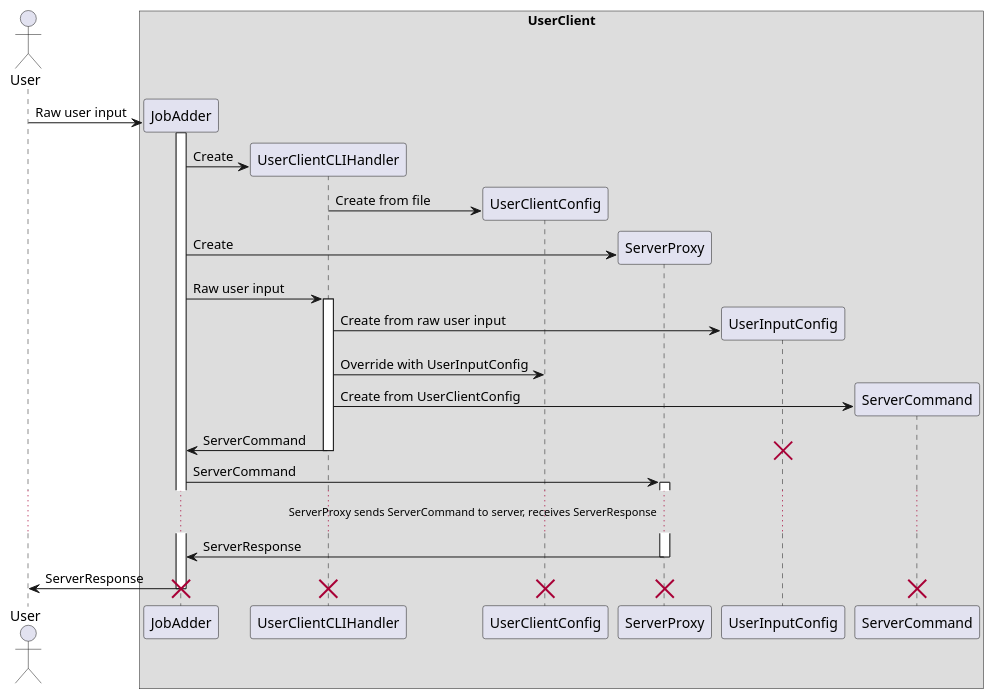
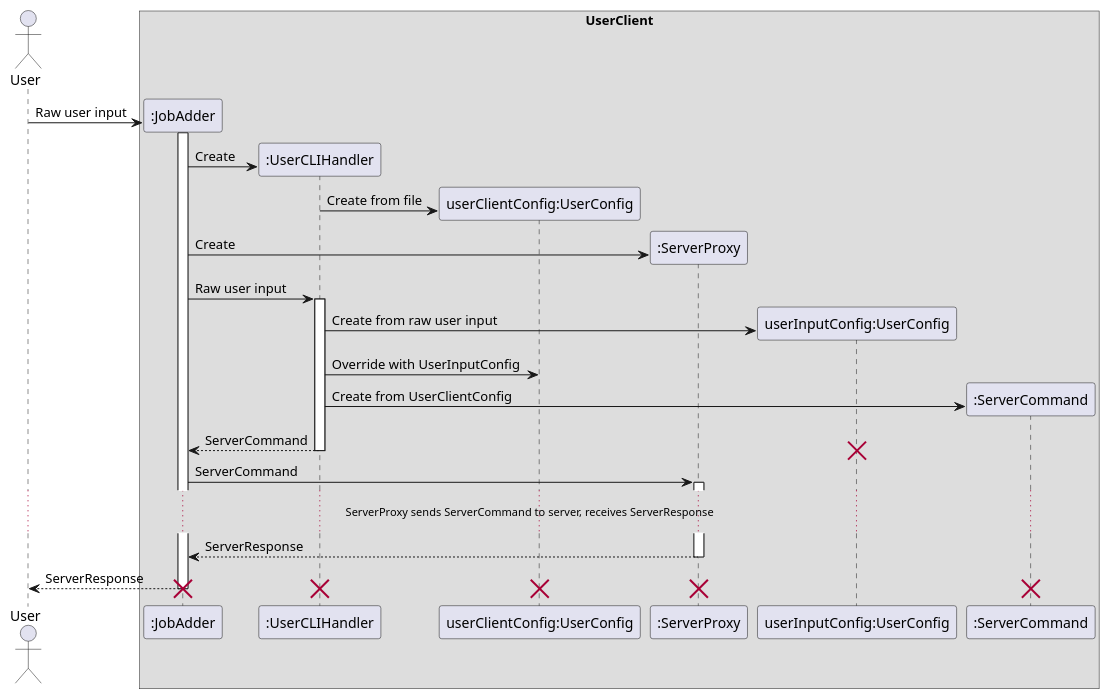
Before and after one commit to DistributedTaskScheduling/documentation: the diagram in design/sequence/userclient-cli.puml, drawn with PlantUML.

Commit message:
fixup! Added sequence diagram for UserClient CLI

```diff
--- a/design/sequence/userclient-cli.puml
+++ b/design/sequence/userclient-cli.puml
@@ -1,35 +1,35 @@
 @startuml
 
 Actor User
 
 box UserClient 
-    participant JobAdder
-    participant UserClientCLIHandler
-    participant UserClientConfig
-    participant ServerProxy
-    participant UserInputConfig
-    participant ServerCommand
+    participant ":JobAdder" as JobAdder
+    participant ":UserCLIHandler" as UserClientCLIHandler
+    participant "userClientConfig:UserConfig" as UserClientConfig
+    participant ":ServerProxy" as ServerProxy
+    participant "userInputConfig:UserConfig" as UserInputConfig
+    participant ":ServerCommand" as ServerCommand
 end box
 
 User -> JobAdder ** : Raw user input
 activate JobAdder
 JobAdder -> UserClientCLIHandler ** : Create
 UserClientCLIHandler -> UserClientConfig ** : Create from file
 JobAdder -> ServerProxy ** : Create
 JobAdder -> UserClientCLIHandler ++ : Raw user input
 UserClientCLIHandler -> UserInputConfig ** : Create from raw user input
 UserClientCLIHandler -> UserClientConfig : Override with UserInputConfig
 UserClientCLIHandler -> ServerCommand ** : Create from UserClientConfig
-JobAdder <- UserClientCLIHandler -- : ServerCommand
+JobAdder <-- UserClientCLIHandler -- : ServerCommand
 destroy UserInputConfig
 JobAdder -> ServerProxy ++ : ServerCommand
 ... ServerProxy sends ServerCommand to server, receives ServerResponse ...
-JobAdder <- ServerProxy -- : ServerResponse
-User <- JobAdder -- : ServerResponse
+JobAdder <-- ServerProxy -- : ServerResponse
+User <-- JobAdder -- : ServerResponse
 destroy UserClientCLIHandler
 destroy UserClientConfig
 destroy ServerProxy
 destroy ServerCommand
 destroy JobAdder
 
 @enduml
```
